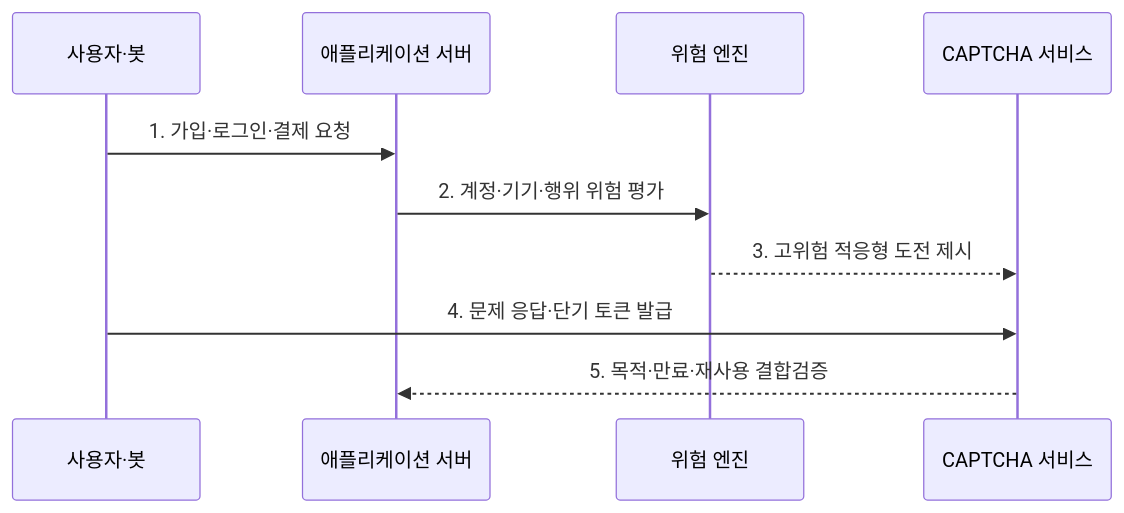
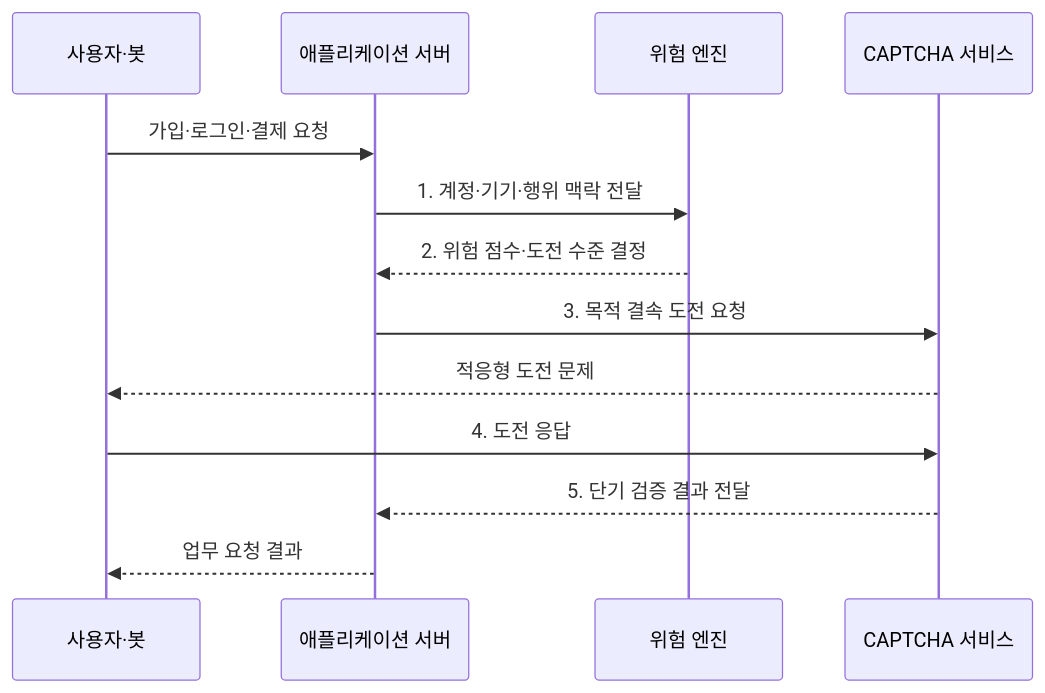
Before and after one commit to agnusdei1207/knowledge-base: the second of 2 diagrams in src/content/docs/notes/05-security/069_captcha.md, drawn with Mermaid. The commit also changed other lines of this file and 20 other files, not shown here.

````diff
--- a/src/content/docs/notes/05-security/069_captcha.md
+++ b/src/content/docs/notes/05-security/069_captcha.md
@@ -87,12 +90,15 @@
 ```mermaid
 sequenceDiagram
     participant U as 사용자·봇
     participant A as 애플리케이션 서버
     participant R as 위험 엔진
     participant C as CAPTCHA 서비스
-    U->>A: 1. 가입·로그인·결제 요청
-    A->>R: 2. 계정·기기·행위 위험 평가
-    R-->>C: 3. 고위험 적응형 도전 제시
-    U->>C: 4. 문제 응답·단기 토큰 발급
-    C-->>A: 5. 목적·만료·재사용 결합검증
+    U->>A: 가입·로그인·결제 요청
+    A->>R: 1. 계정·기기·행위 맥락 전달
+    R-->>A: 2. 위험 점수·도전 수준 결정
+    A->>C: 3. 목적 결속 도전 요청
+    C-->>U: 적응형 도전 문제
+    U->>C: 4. 도전 응답
+    C-->>A: 5. 단기 검증 결과 전달
+    A-->>U: 업무 요청 결과
 ```
````
